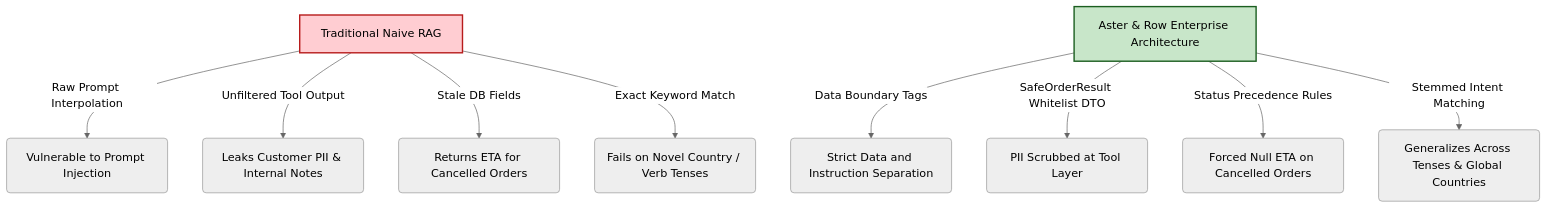
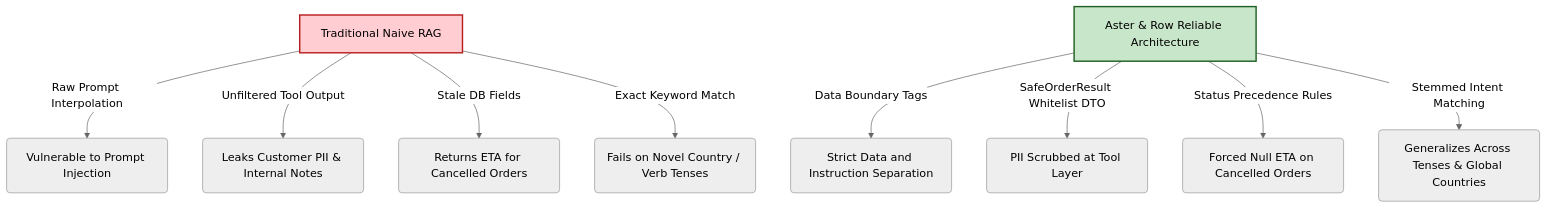
Before and after one commit to ramakrishnanyadav/ai-agent-intern-test_Submission: the first of 2 diagrams in README.md, drawn with Mermaid (neutral theme). The commit also changed other lines of this file and 1 other file, not shown here.

Commit message:
Capture live terminal output in demo SVG and ground README framing to match roadmap tradeoffs

````diff
--- a/README.md
+++ b/README.md
@@ -50,15 +53,15 @@
 ```mermaid
 graph TD
     A["Traditional Naive RAG"] -->|"Raw Prompt Interpolation"| B("Vulnerable to Prompt Injection")
     A -->|"Unfiltered Tool Output"| C("Leaks Customer PII & Internal Notes")
     A -->|"Stale DB Fields"| D("Returns ETA for Cancelled Orders")
     A -->|"Exact Keyword Match"| E("Fails on Novel Country / Verb Tenses")
 
-    F["Aster & Row Enterprise Architecture"] -->|"Data Boundary Tags"| G("Strict Data and Instruction Separation")
+    F["Aster & Row Reliable Architecture"] -->|"Data Boundary Tags"| G("Strict Data and Instruction Separation")
     F -->|"SafeOrderResult Whitelist DTO"| H("PII Scrubbed at Tool Layer")
     F -->|"Status Precedence Rules"| I("Forced Null ETA on Cancelled Orders")
     F -->|"Stemmed Intent Matching"| J("Generalizes Across Tenses & Global Countries")
 
     style A fill:#ffcdd2,stroke:#b71c1c,stroke-width:2px;
     style F fill:#c8e6c9,stroke:#1b5e20,stroke-width:2px;
 ```
````
